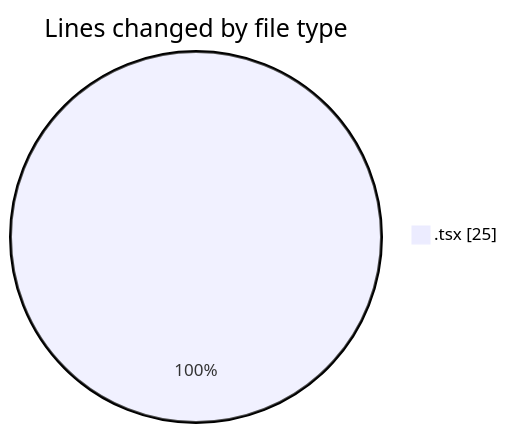
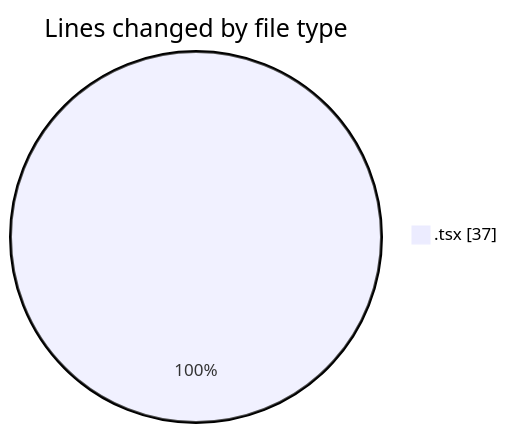
The first of 2 diagrams in 2026-06-12/nxtqube_webapp/README.md (nxtqubesakshisongat/code-tracking), drawn with Mermaid before and after one commit. The commit also changed other lines of this file and 1 other file, not shown here.

````diff
--- a/2026-06-12/nxtqube_webapp/README.md
+++ b/2026-06-12/nxtqube_webapp/README.md
@@ -21,5 +21,5 @@
 ```mermaid
 pie showData
 title Lines changed by file type
-".tsx" : 25
+".tsx" : 37
 ```
````
